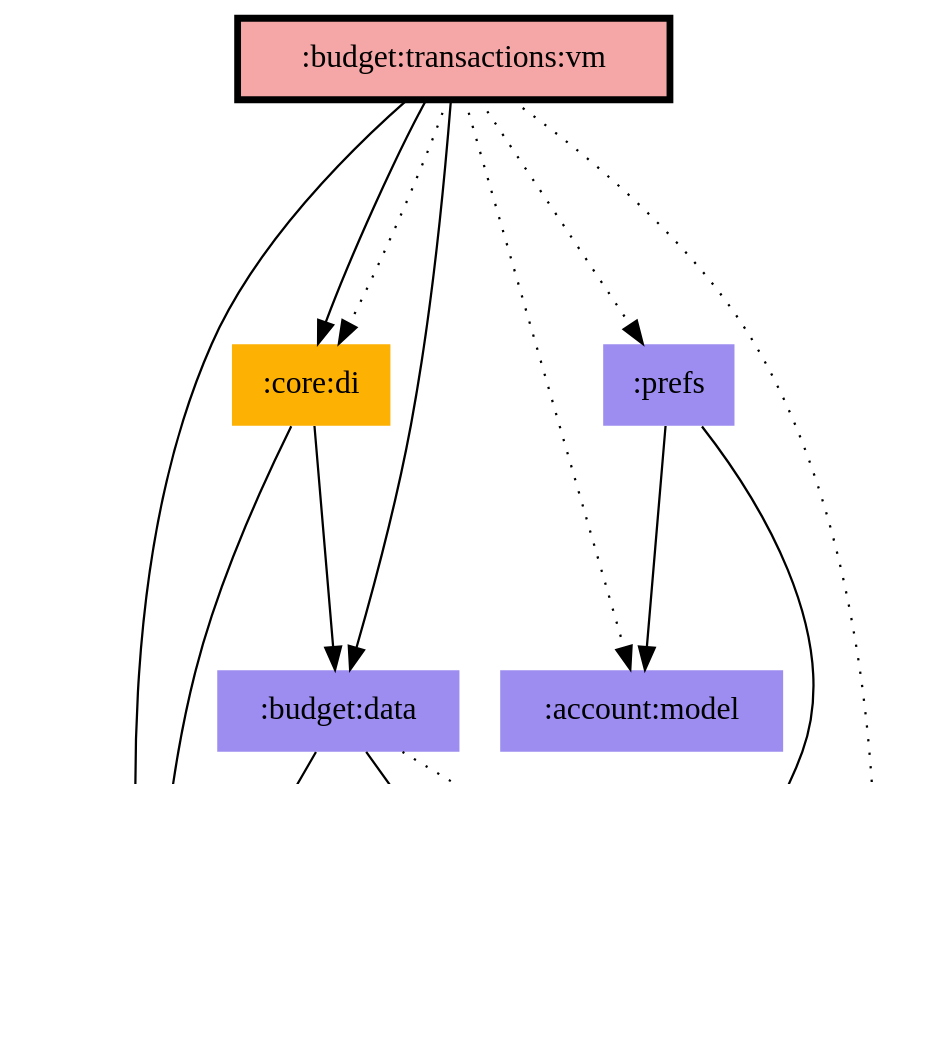
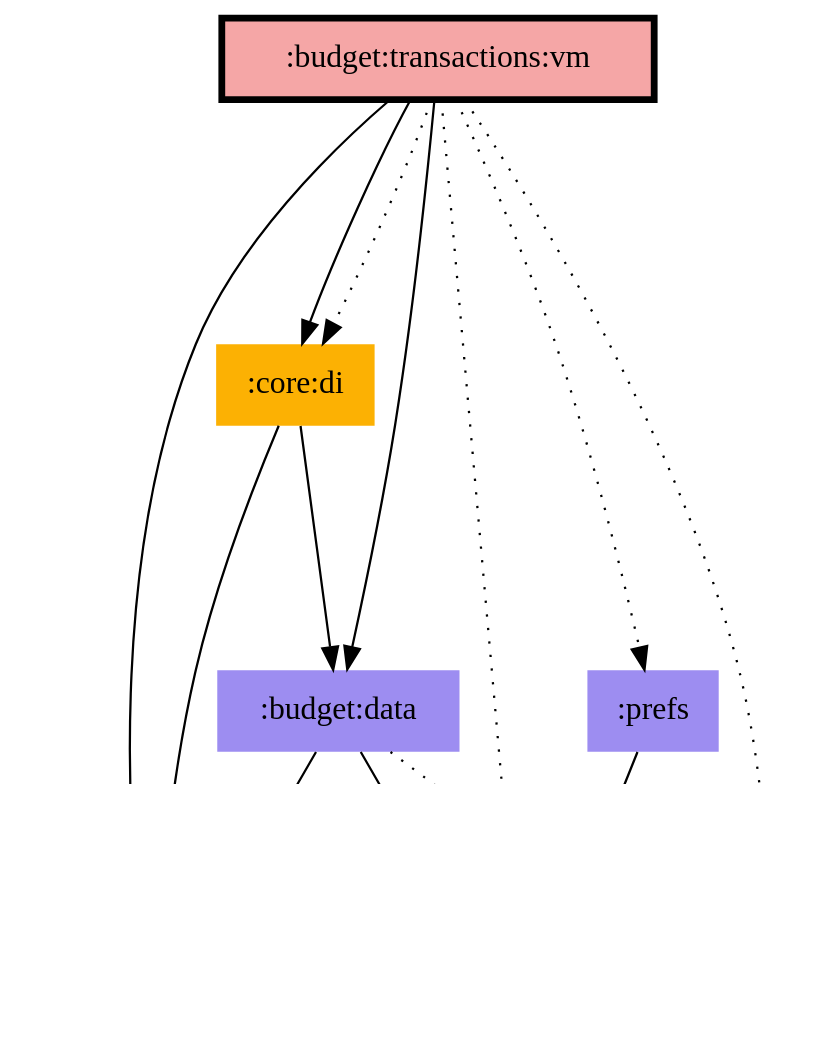
The diagram in modules/budget/transactions/vm/modules.dot (jonapoul/aktual), drawn with Graphviz before and after one commit. The commit also changed 41 other files, not shown here.

Commit message:
Diagrams

```diff
--- a/modules/budget/transactions/vm/modules.dot
+++ b/modules/budget/transactions/vm/modules.dot
@@ -1,27 +1,25 @@
 digraph {
 edge ["dir"="forward"]
 graph ["dpi"="100","fontsize"="30","ranksep"="1.5","rankdir"="TB"]
 node ["style"="filled"]
-":account:model" ["fillcolor"="#9D8DF1","shape"="none"]
 ":budget:data" ["fillcolor"="#9D8DF1","shape"="none"]
 ":budget:model" ["fillcolor"="#9D8DF1","shape"="none"]
 ":budget:transactions:vm" ["fillcolor"="#F5A6A6","color"="black","penwidth"="3","shape"="box"]
 ":core:di" ["fillcolor"="#FCB103","shape"="none"]
 ":core:model" ["fillcolor"="#9D8DF1","shape"="none"]
 ":logging" ["fillcolor"="#9D8DF1","shape"="none"]
 ":prefs" ["fillcolor"="#9D8DF1","shape"="none"]
 ":budget:data" -> ":budget:model"
 ":budget:data" -> ":core:model"
 ":budget:data" -> ":logging" ["style"="dotted"]
-":budget:transactions:vm" -> ":account:model" ["style"="dotted"]
 ":budget:transactions:vm" -> ":budget:data"
 ":budget:transactions:vm" -> ":budget:model"
 ":budget:transactions:vm" -> ":core:di"
 ":budget:transactions:vm" -> ":core:di" ["style"="dotted"]
+":budget:transactions:vm" -> ":core:model" ["style"="dotted"]
 ":budget:transactions:vm" -> ":logging" ["style"="dotted"]
 ":budget:transactions:vm" -> ":prefs" ["style"="dotted"]
 ":core:di" -> ":budget:data"
 ":core:di" -> ":budget:model"
-":prefs" -> ":account:model"
 ":prefs" -> ":core:model"
 }
```
